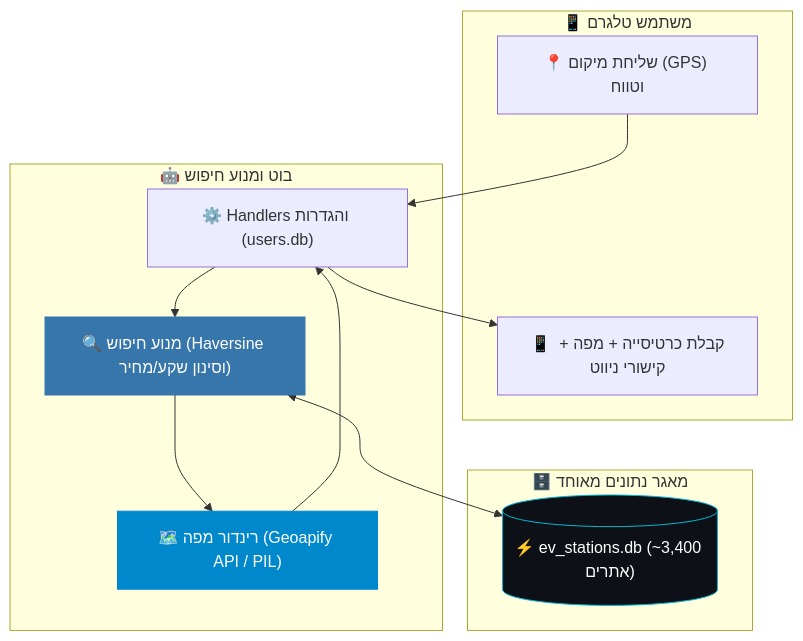
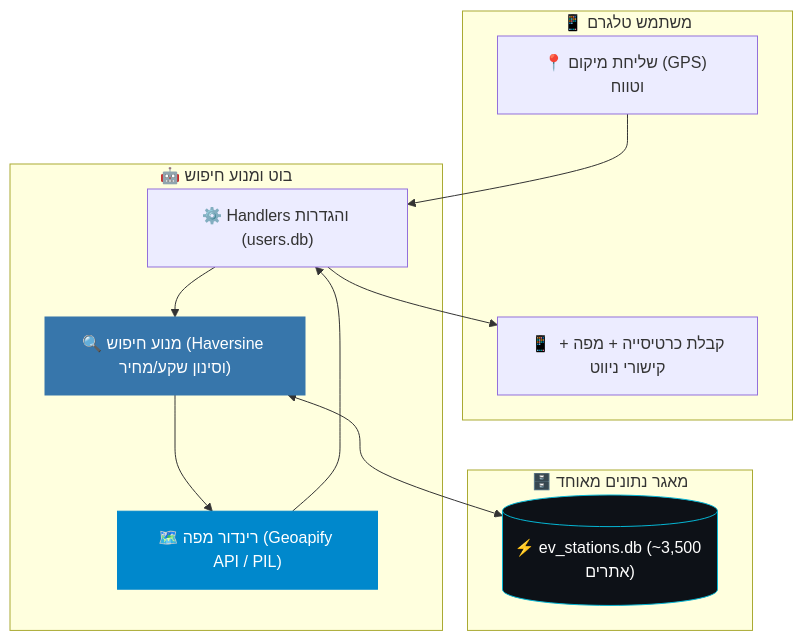
The diagram in README.he.md (Omer-Dahan/EV_Charging), drawn with Mermaid before and after one commit. The commit also changed other lines of this file and 6 other files, not shown here.

````diff
--- a/README.he.md
+++ b/README.he.md
@@ -123,28 +123,28 @@
 ```mermaid
 flowchart TD
     subgraph USER["📱 משתמש טלגרם"]
         GPS["📍 שליחת מיקום (GPS) וטווח"]
         OUT["📱 קבלת כרטיסייה + מפה + קישורי ניווט"]
     end
 
     subgraph BOT["🤖 בוט ומנוע חיפוש"]
         H["⚙️ Handlers והגדרות (users.db)"]
         SRCH["🔍 מנוע חיפוש (Haversine וסינון שקע/מחיר)"]
         MAP["🗺️ רינדור מפה (Geoapify API / PIL)"]
     end
 
     subgraph DATA["🗄️ מאגר נתונים מאוחד"]
-        DB[("⚡ ev_stations.db (~3,400 אתרים)")]
+        DB[("⚡ ev_stations.db (~3,500 אתרים)")]
     end
 
     GPS --> H
     H --> SRCH
     SRCH <--> DB
     SRCH --> MAP
     MAP --> H
     H --> OUT
 
     style DB fill:#0D1117,stroke:#06B6D4,color:#fff
     style MAP fill:#0088CC,stroke:#0088CC,color:#fff
     style SRCH fill:#3776AB,stroke:#3776AB,color:#fff
 ```
````
